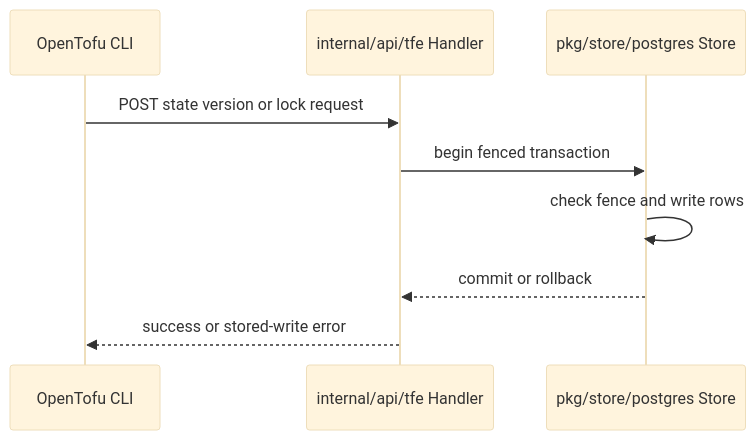
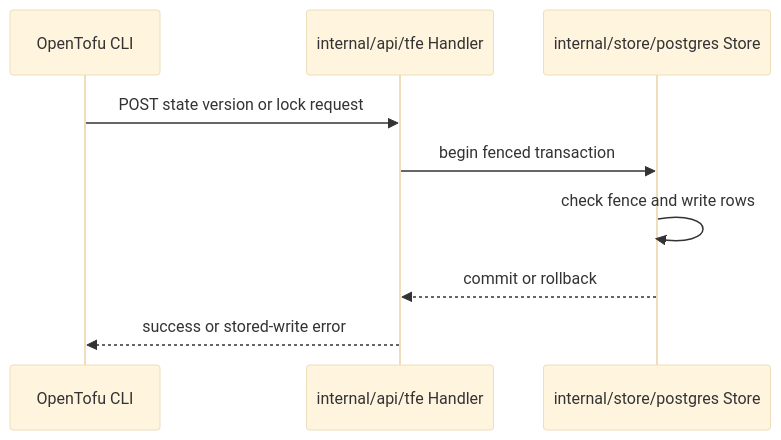
The first of 3 diagrams in openspec/changes/database-outage-atomic-state-locks/design.md (OpenDustpan/OpenDustpan), drawn with Mermaid (base theme) before and after one commit. The commit also changed other lines of this file and 2 other files, not shown here.

Commit message:
spec: fix paths, lines and CI mark of database-outage-atomic-state-locks
The Postgres store is in internal/store/postgres, not pkg/store/postgres.
Update the cited line numbers, mark task 3.5 as confirmed by CI, and name
the issue.

````diff
--- a/openspec/changes/database-outage-atomic-state-locks/design.md
+++ b/openspec/changes/database-outage-atomic-state-locks/design.md
@@ -23,11 +23,11 @@
 ```mermaid
 sequenceDiagram
 participant CLI as OpenTofu CLI
 participant TFE as internal/api/tfe Handler
-participant Store as pkg/store/postgres Store
+participant Store as internal/store/postgres Store
 CLI->>TFE: POST state version or lock request
 TFE->>Store: begin fenced transaction
 Store->>Store: check fence and write rows
 Store-->>TFE: commit or rollback
 TFE-->>CLI: success or stored-write error
 ```
````
